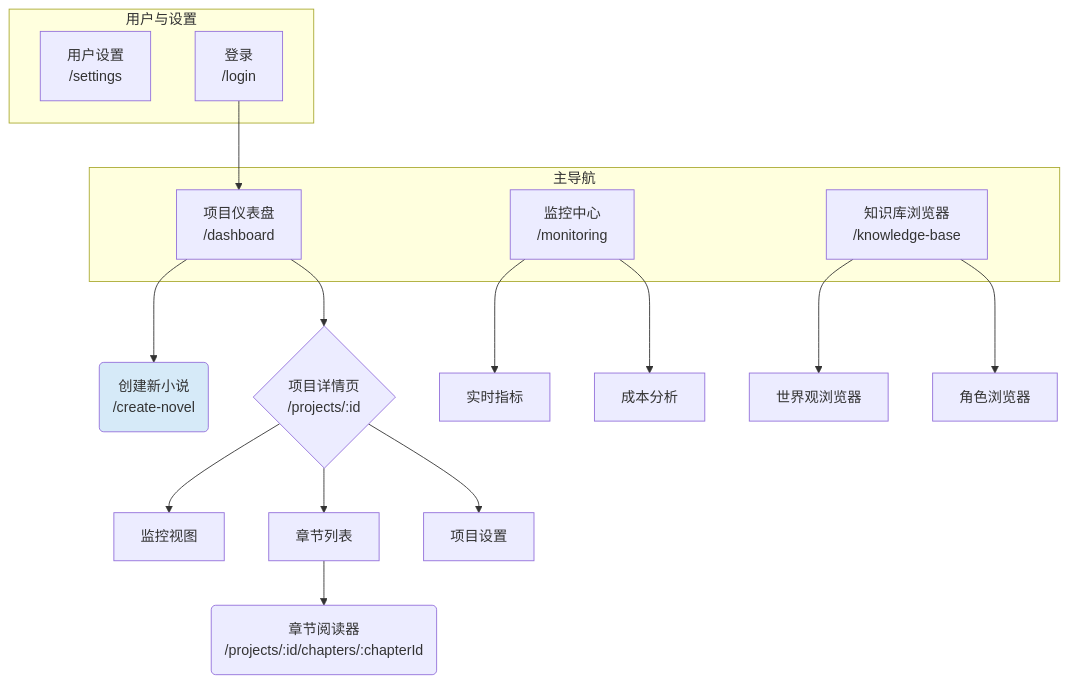
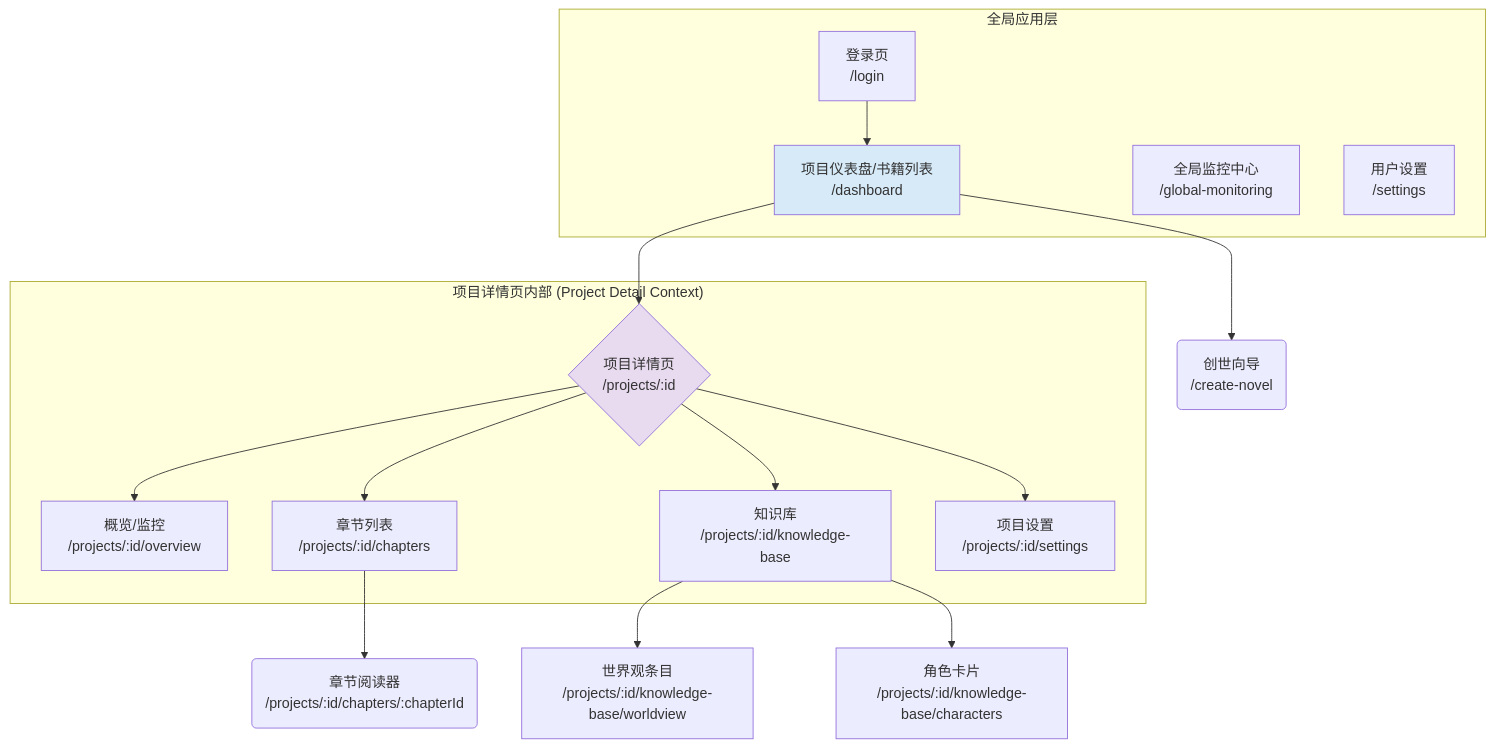
Before and after one commit to zhiyue/infinite-scribe: the first of 3 diagrams in docs/front-end-spec.md, drawn with Mermaid. The commit also changed other lines of this file, not shown here.

First line of the commit message:
Enhance front-end specification documentation for InfiniteScribe project

````diff
--- a/docs/front-end-spec.md
+++ b/docs/front-end-spec.md
@@ -41,32 +43,26 @@
 ```mermaid
 graph TD
-    subgraph "主导航"
-        A[项目仪表盘<br/>/dashboard]
-        B[监控中心<br/>/monitoring]
-        C[知识库浏览器<br/>/knowledge-base]
+    subgraph "全局应用层"
+        Login[登录页<br/>/login] --> Dashboard
+        Dashboard[项目仪表盘/书籍列表<br/>/dashboard]
+        GlobalMonitoring[全局监控中心<br/>/global-monitoring]
+        UserSettings[用户设置<br/>/settings]
     end
 
-    subgraph "用户与设置"
-        U[用户设置<br/>/settings]
-        L[登录<br/>/login]
+    Dashboard --> CreateNovel(创世向导<br/>/create-novel)
+    Dashboard --> ProjectDetail{项目详情页<br/>/projects/:id}
+    
+    subgraph "项目详情页内部 (Project Detail Context)"
+        ProjectDetail --> PD_Overview[概览/监控<br/>/projects/:id/overview]
+        ProjectDetail --> PD_Chapters[章节列表<br/>/projects/:id/chapters]
+        ProjectDetail --> PD_KnowledgeBase[知识库<br/>/projects/:id/knowledge-base]
+        ProjectDetail --> PD_Settings[项目设置<br/>/projects/:id/settings]
     end
 
-    A --> A1(创建新小说<br/>/create-novel)
-    A --> D{项目详情页<br/>/projects/:id}
+    PD_Chapters --> ChapterViewer(章节阅读器<br/>/projects/:id/chapters/:chapterId)
+    PD_KnowledgeBase --> KB_Worldview[世界观条目<br/>/projects/:id/knowledge-base/worldview]
+    PD_KnowledgeBase --> KB_Characters[角色卡片<br/>/projects/:id/knowledge-base/characters]
     
-    D --> D1[监控视图]
-    D --> D2[章节列表]
-    D --> D3[项目设置]
-
-    D2 --> E(章节阅读器<br/>/projects/:id/chapters/:chapterId)
-
-    B --> B1[实时指标]
-    B --> B2[成本分析]
-
-    C --> C1[世界观浏览器]
-    C --> C2[角色浏览器]
-
-    L --> A
-    
-    style A1 fill:#D6EAF8
+    style Dashboard fill:#D6EAF8
+    style ProjectDetail fill:#E8DAEF
 ```
````
